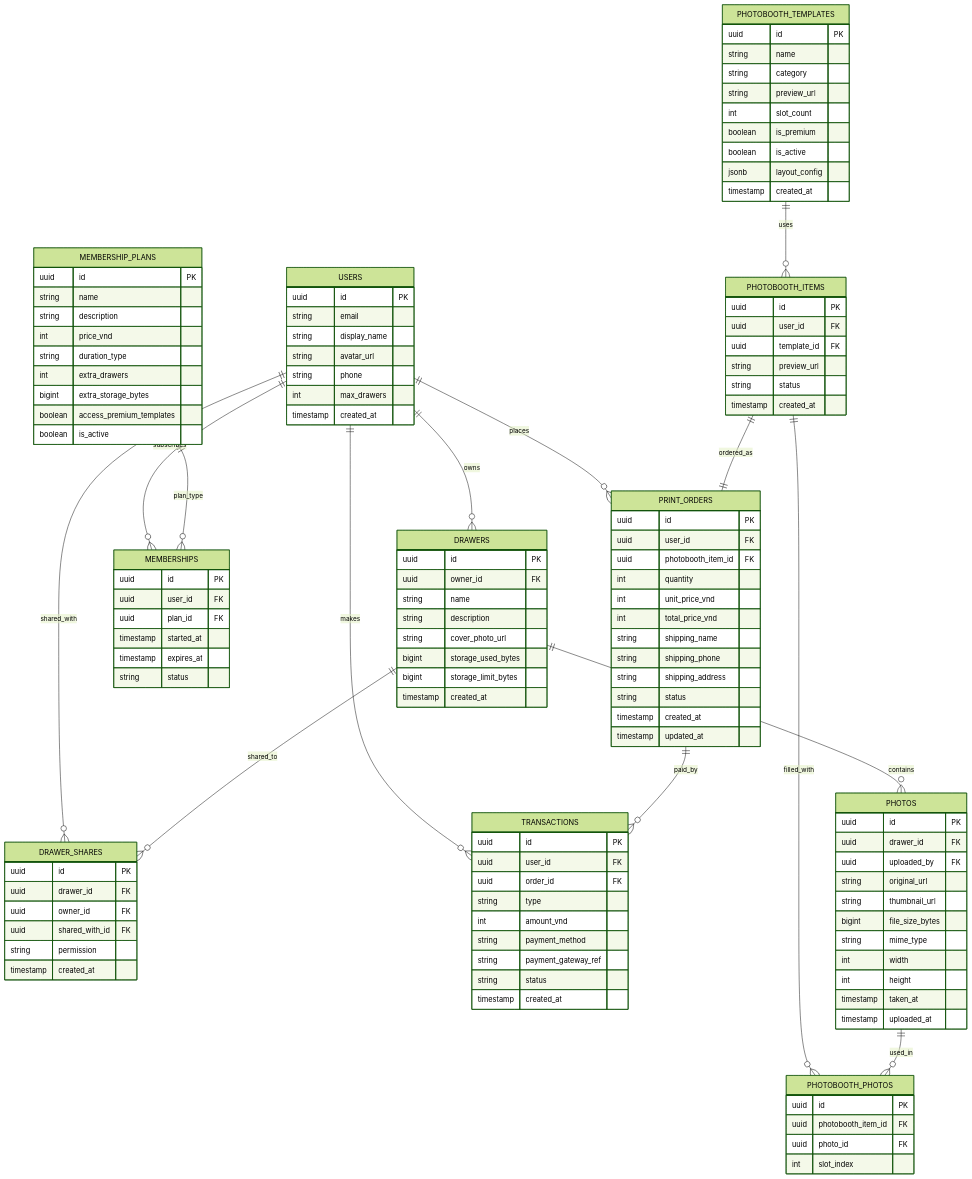
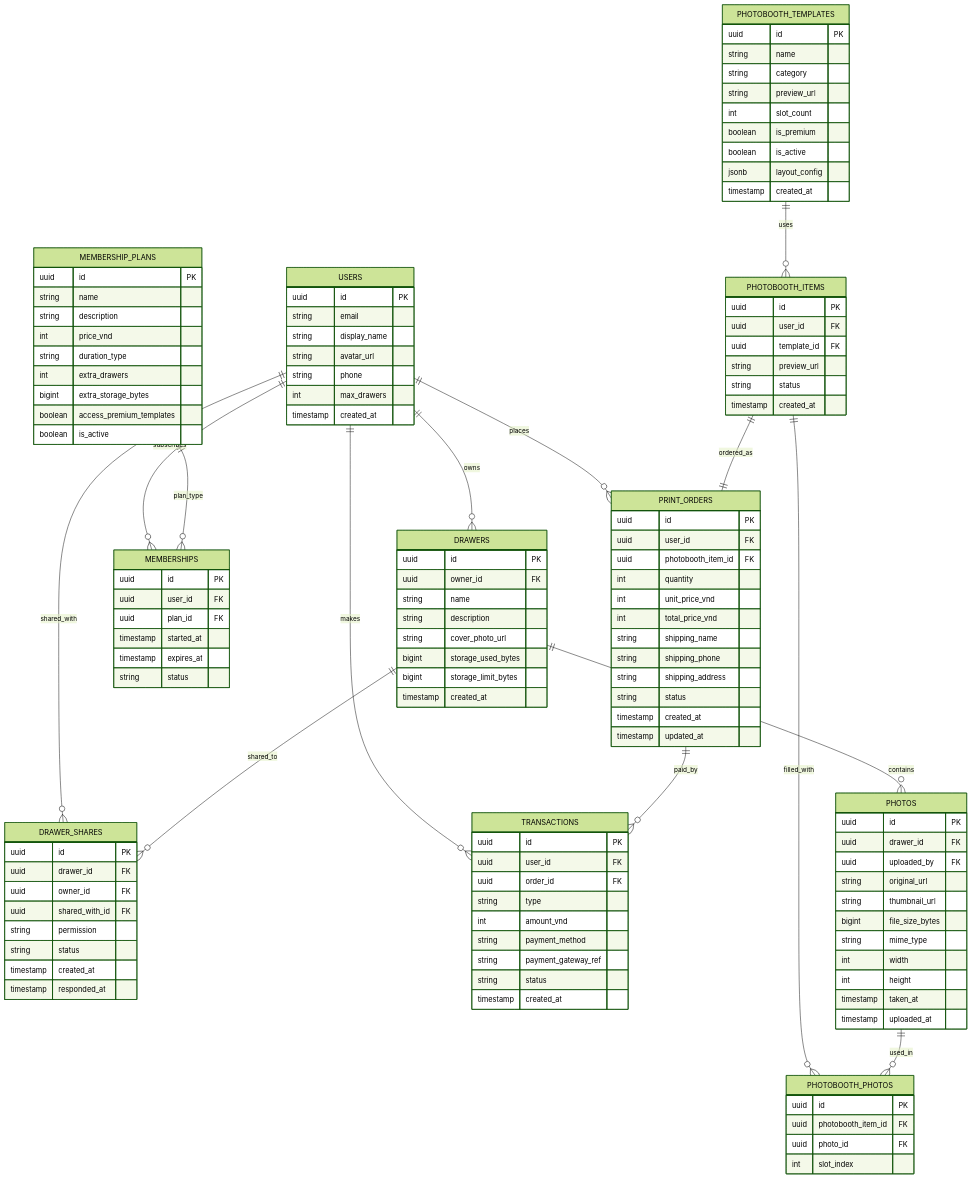
One commit to ZenithGn/Pause changed the diagram in docs/03-References/db-schema.md. Above: the diagram before and after it, drawn with Mermaid (forest theme). The commit also changed other lines of this file and 11 other files, not shown here.

```diff
--- a/docs/03-References/db-schema.md
+++ b/docs/03-References/db-schema.md
@@ -66,7 +66,9 @@
         uuid owner_id FK
         uuid shared_with_id FK
         string permission
+        string status
         timestamp created_at
+        timestamp responded_at
     }
 
     PHOTOBOOTH_TEMPLATES {
```
